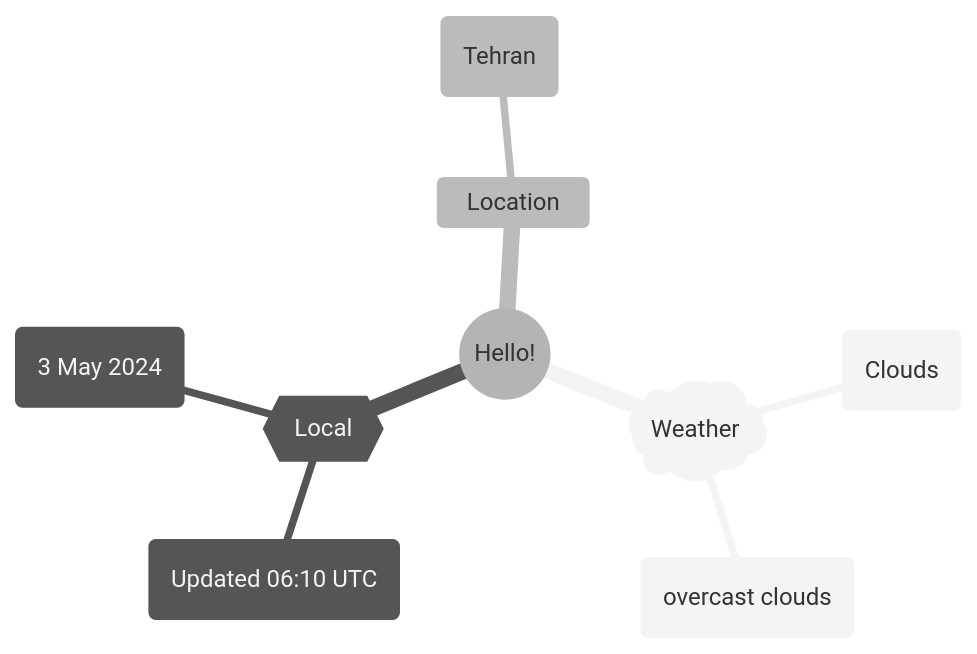
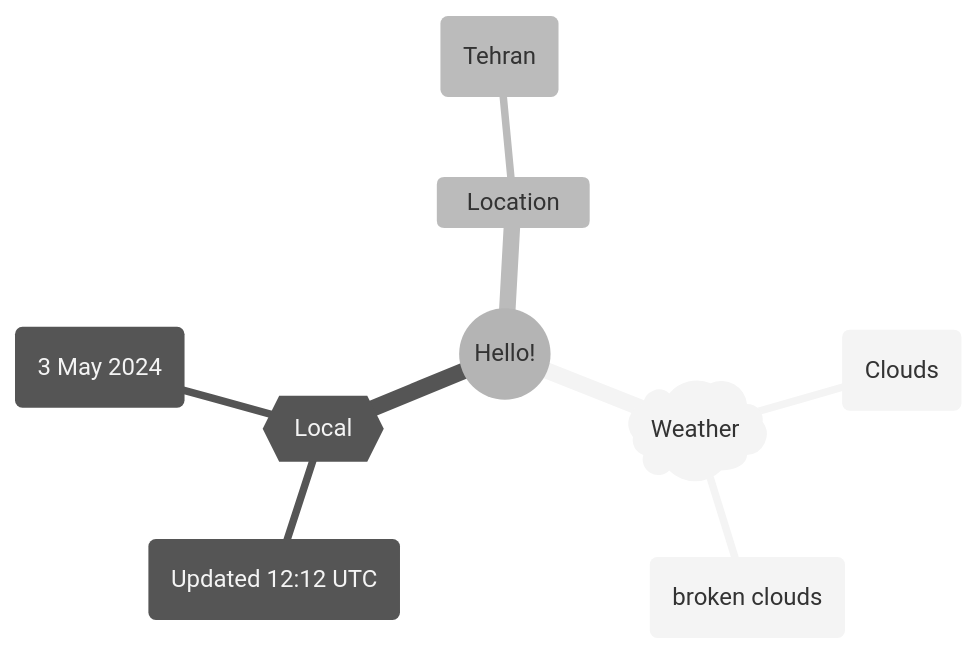
One commit to Xosrov/Xosrov changed the first of 2 diagrams in README.md. Above: the diagram before and after it, drawn with Mermaid (neutral theme).

Commit message:
[bot] updated images

````diff
--- a/README.md
+++ b/README.md
@@ -3,12 +3,12 @@
 ```mermaid
 mindmap
   root((Hello!))
     )Weather(
         (Clouds)
-        (overcast clouds)
+        (broken clouds)
     {{Local}}
-        (Updated 06:10 UTC)
+        (Updated 12:12 UTC)
         (3 May 2024)
     Location
         (Tehran)
 ```
````
